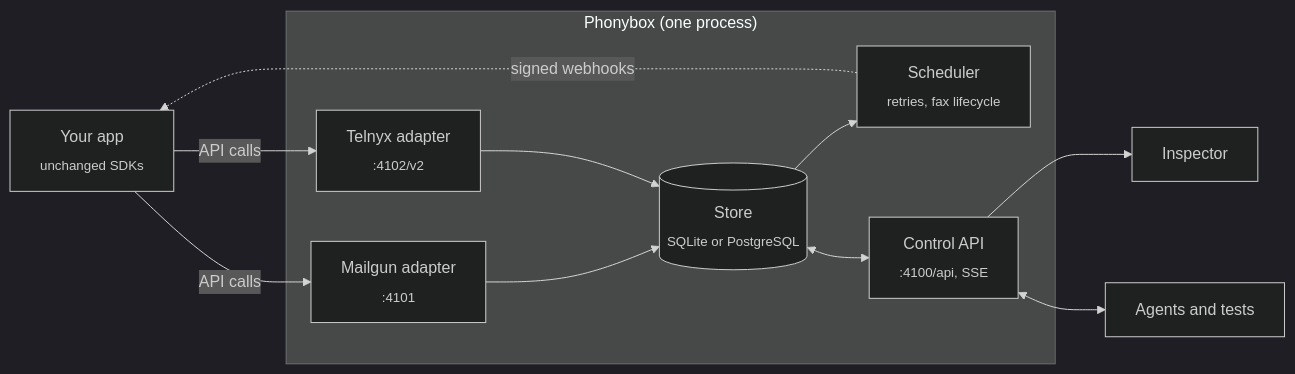
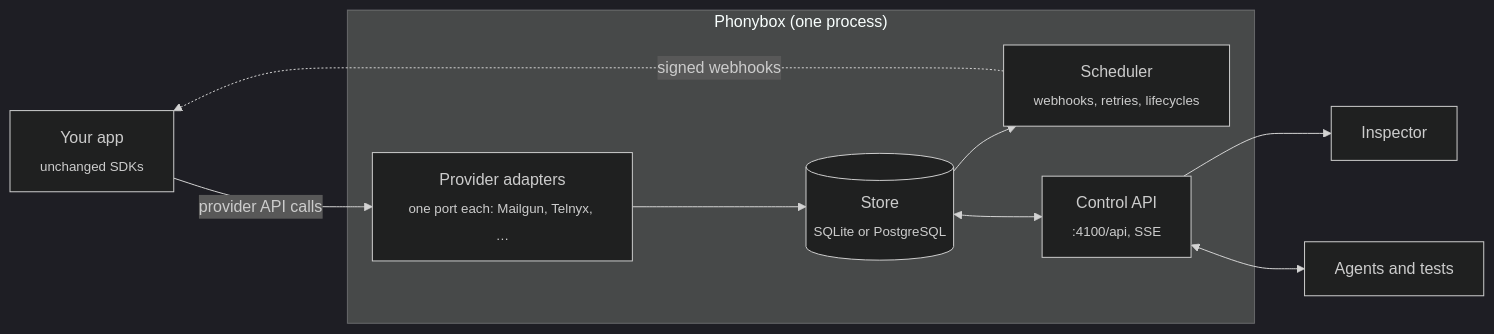
One commit to rohitlavu11/phonybox changed the diagram in README.md. Above: the diagram before and after it, drawn with Mermaid (dark theme). The commit also changed other lines of this file, not shown here.

````diff
--- a/README.md
+++ b/README.md
@@ -173,23 +204,20 @@
 ```mermaid
 flowchart LR
   app["Your app<br/><sub>unchanged SDKs</sub>"]
   subgraph phonybox["Phonybox (one process)"]
-    mg["Mailgun adapter<br/><sub>:4101</sub>"]
-    tx["Telnyx adapter<br/><sub>:4102/v2</sub>"]
+    adapters["Provider adapters<br/><sub>one port each: Mailgun, Telnyx, …</sub>"]
     store[("Store<br/><sub>SQLite or PostgreSQL</sub>")]
-    sched["Scheduler<br/><sub>retries, fax lifecycle</sub>"]
+    sched["Scheduler<br/><sub>webhooks, retries, lifecycles</sub>"]
     api["Control API<br/><sub>:4100/api, SSE</sub>"]
   end
   ui["Inspector"]
   agents["Agents and tests"]
 
-  app -- API calls --> mg
-  app -- API calls --> tx
-  mg --> store
-  tx --> store
+  app -- provider API calls --> adapters
+  adapters --> store
   store --> sched
   sched -. signed webhooks .-> app
   store <--> api
   api --> ui
   api <--> agents
 ```
````
